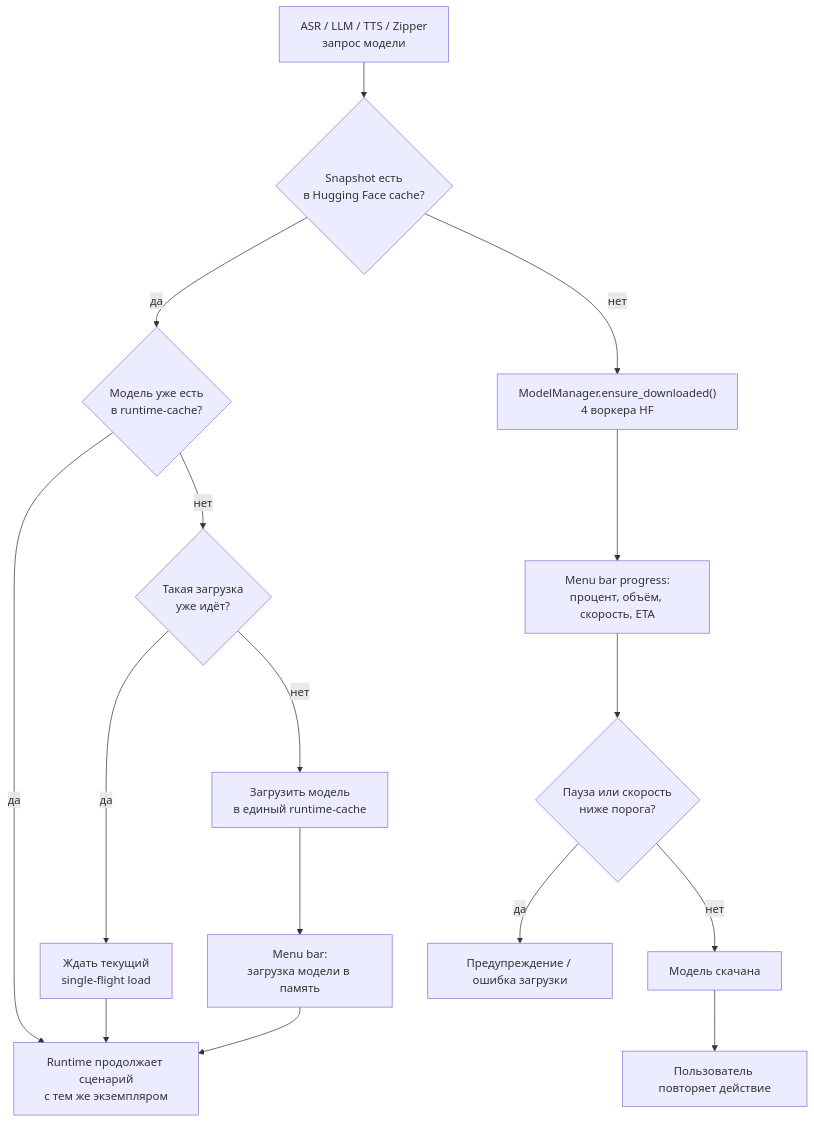
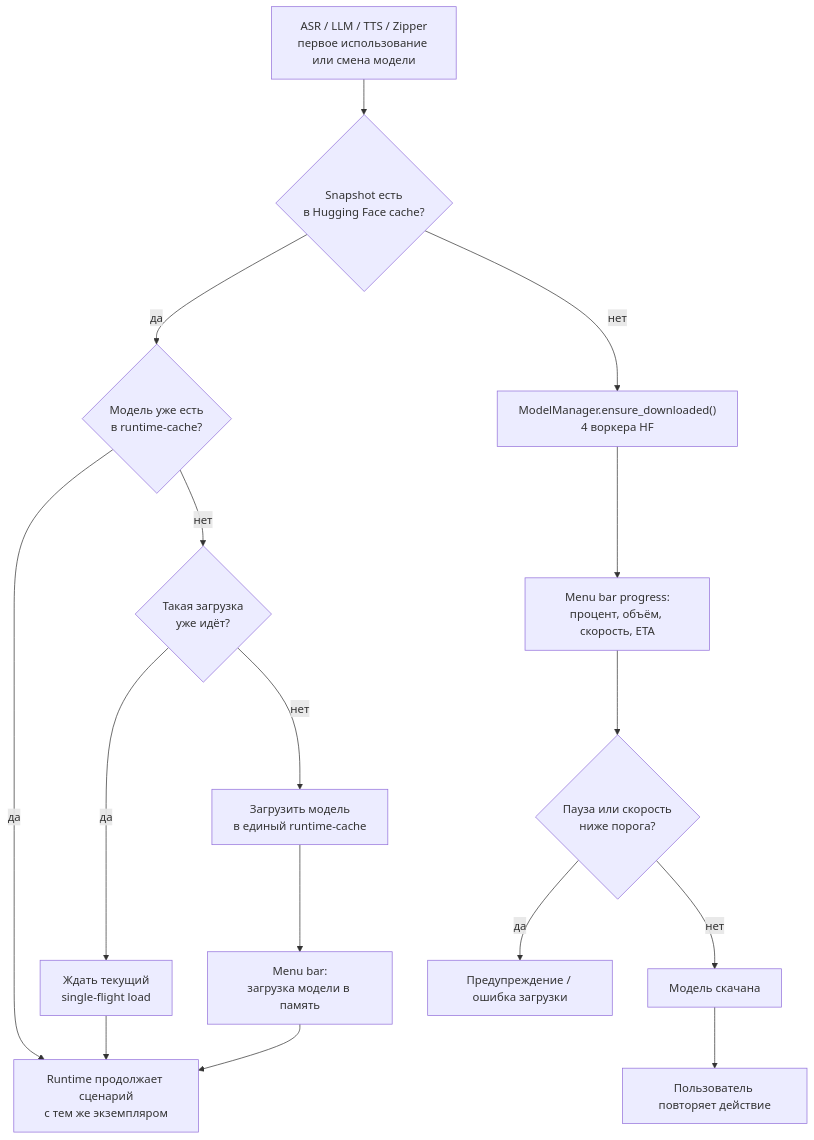
The seventh of 7 diagrams in docs/data-flow.md (deniszagitov/mlx-whisper-dictation), drawn with Mermaid before and after one commit. The commit also changed other lines of this file and 7 other files, not shown here.

````diff
--- a/docs/data-flow.md
+++ b/docs/data-flow.md
@@ -160,18 +166,18 @@
 ```mermaid
 flowchart TD
-    Request["ASR / LLM / TTS / Zipper<br/>запрос модели"] --> Cached{"Snapshot есть<br/>в Hugging Face cache?"}
+    Request["ASR / LLM / TTS / Zipper<br/>первое использование или смена модели"] --> Cached{"Snapshot есть<br/>в Hugging Face cache?"}
     Cached -->|да| Shared{"Модель уже есть<br/>в runtime-cache?"}
     Shared -->|да| Runtime["Runtime продолжает сценарий<br/>с тем же экземпляром"]
     Shared -->|нет| Inflight{"Такая загрузка<br/>уже идёт?"}
     Inflight -->|да| Wait["Ждать текущий<br/>single-flight load"]
     Inflight -->|нет| Memory["Загрузить модель<br/>в единый runtime-cache"]
     Wait --> Runtime
     Memory --> Status["Menu bar:<br/>загрузка модели в память"]
     Status --> Runtime
     Cached -->|нет| Downloader["ModelManager.ensure_downloaded()<br/>4 воркера HF"]
     Downloader --> Progress["Menu bar progress:<br/>процент, объём, скорость, ETA"]
     Progress --> Slow{"Пауза или скорость<br/>ниже порога?"}
     Slow -->|да| Warning["Предупреждение / ошибка загрузки"]
     Slow -->|нет| Ready["Модель скачана"]
     Ready --> Retry["Пользователь повторяет действие"]
 ```
````
